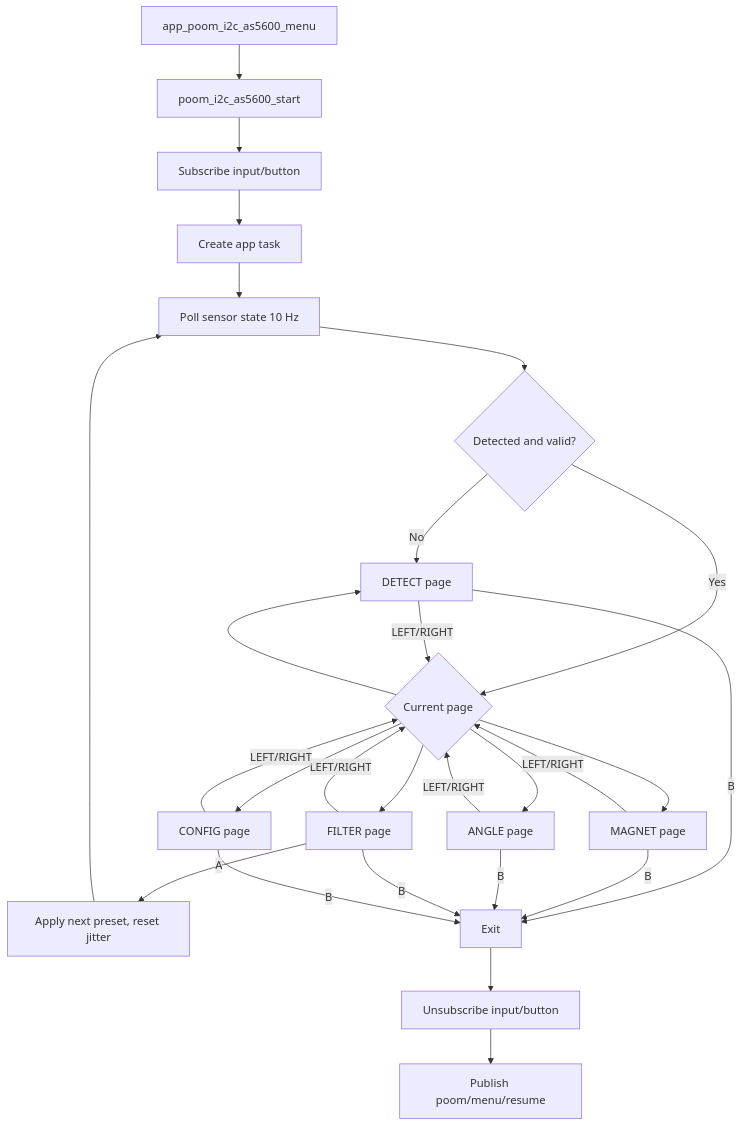
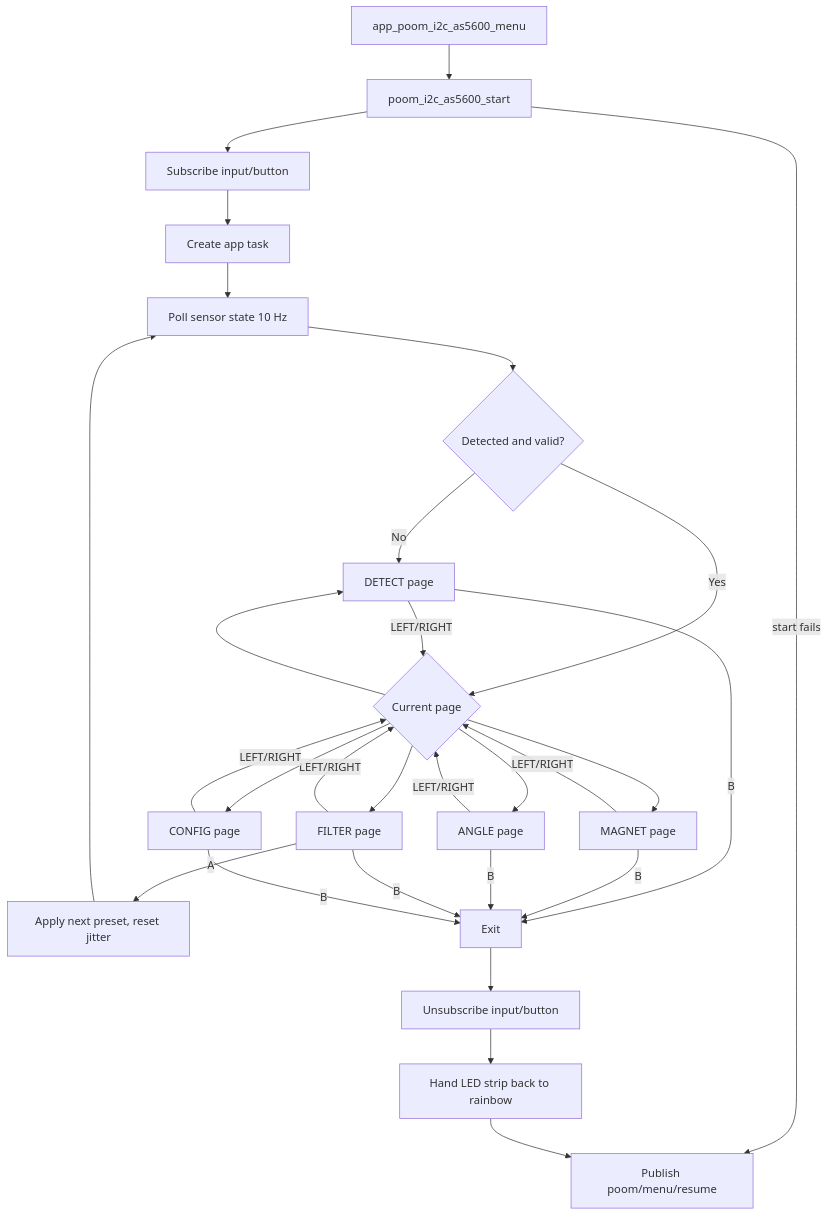
Before and after one commit to The-POOM/the_poom: the diagram in applications/poom_i2c_as5600/README.md, drawn with Mermaid. The commit also changed other lines of this file and 2 other files, not shown here.

Commit message:
Use the led-strip for visual feedback

````diff
--- a/applications/poom_i2c_as5600/README.md
+++ b/applications/poom_i2c_as5600/README.md
@@ -116,24 +146,26 @@
 ```mermaid
 flowchart TD
     A[app_poom_i2c_as5600_menu] --> B[poom_i2c_as5600_start]
     B --> C[Subscribe input/button]
     C --> D[Create app task]
     D --> E[Poll sensor state 10 Hz]
 
     E --> F{Detected and valid?}
     F -->|No| G[DETECT page]
     F -->|Yes| H{Current page}
     H --> G
     H --> I[MAGNET page]
     H --> J[ANGLE page]
     H --> K[FILTER page]
     H --> L[CONFIG page]
 
     K -->|A| M[Apply next preset, reset jitter]
     M --> E
     G & I & J & K & L -->|LEFT/RIGHT| H
     G & I & J & K & L -->|B| N[Exit]
 
+    B -->|start fails| P
     N --> O[Unsubscribe input/button]
-    O --> P[Publish poom/menu/resume]
+    O --> O2[Hand LED strip back to rainbow]
+    O2 --> P[Publish poom/menu/resume]
 ```
````
